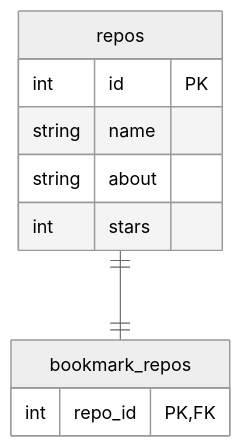
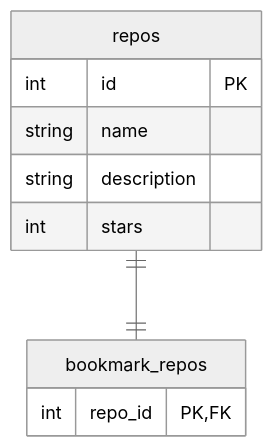
One commit to mixigroup/2025BeginnerTrainingAndroid changed the second of 2 diagrams in README.md. Above: the diagram before and after it, drawn with Mermaid (neutral theme). The commit also changed other lines of this file, not shown here.

Commit message:
about → description に統一

````diff
--- a/README.md
+++ b/README.md
@@ -2266,15 +2266,15 @@
 ```mermaid
 erDiagram
 repos {
   int id PK
   string name
-  string about
+  string description
   int stars
 }
 
 bookmark_repos {
   int repo_id PK, FK
 }
 
 repos ||--|| bookmark_repos : ""
 ```
````
